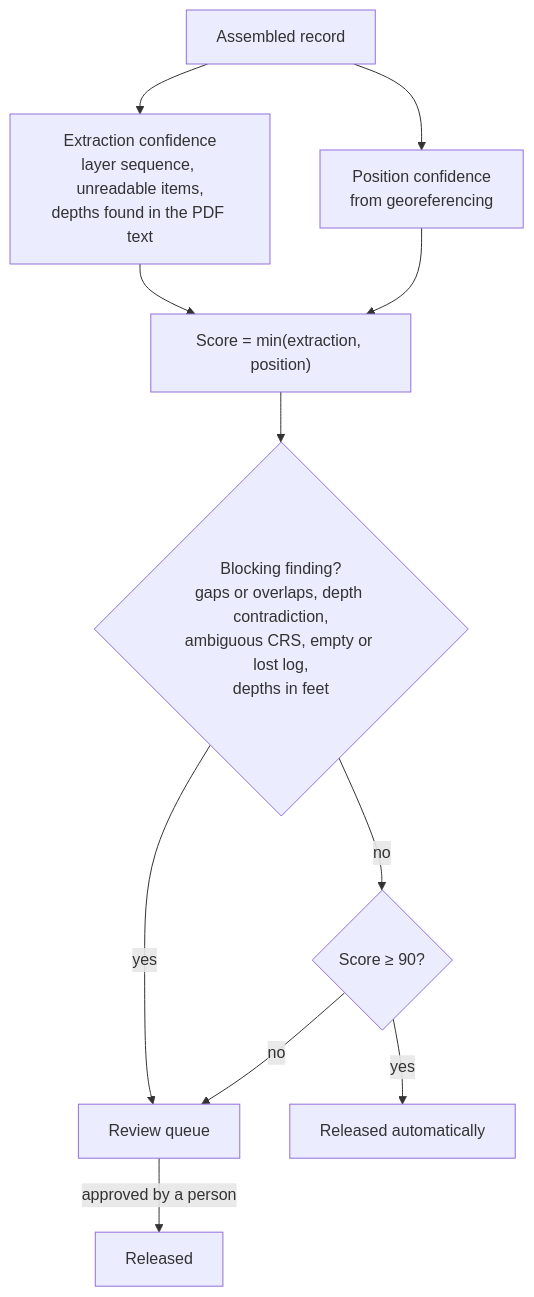
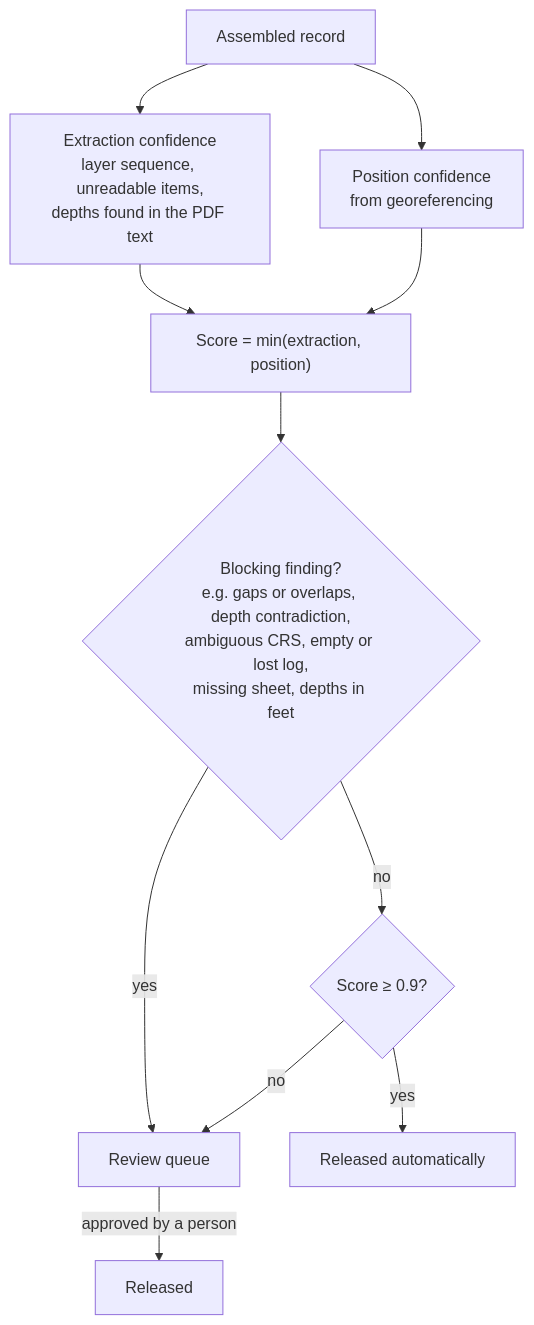
The fourth of 4 diagrams in docs/pipeline.md (bababue/SmartAutomation2026), drawn with Mermaid before and after one commit. The commit also changed other lines of this file and 13 other files, not shown here.

````diff
--- a/docs/pipeline.md
+++ b/docs/pipeline.md
@@ -117,13 +118,13 @@
 ```mermaid
 flowchart TD
     A[Assembled record] --> X[Extraction confidence<br/>layer sequence, unreadable items,<br/>depths found in the PDF text]
     A --> P[Position confidence<br/>from georeferencing]
     X --> S["Score = min(extraction, position)"]
     P --> S
-    S --> B{Blocking finding?<br/>gaps or overlaps, depth contradiction,<br/>ambiguous CRS, empty or lost log,<br/>depths in feet}
+    S --> B{Blocking finding?<br/>e.g. gaps or overlaps, depth contradiction,<br/>ambiguous CRS, empty or lost log,<br/>missing sheet, depths in feet}
     B -->|yes| Q[Review queue]
-    B -->|no| T{Score ≥ 90?}
+    B -->|no| T{Score ≥ 0.9?}
     T -->|no| Q
     T -->|yes| R[Released automatically]
     Q -->|approved by a person| R2[Released]
 ```
````
